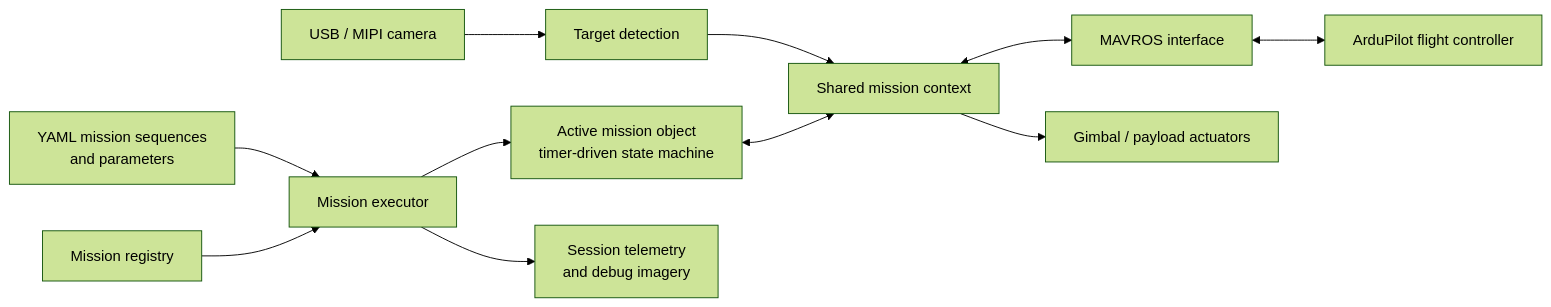
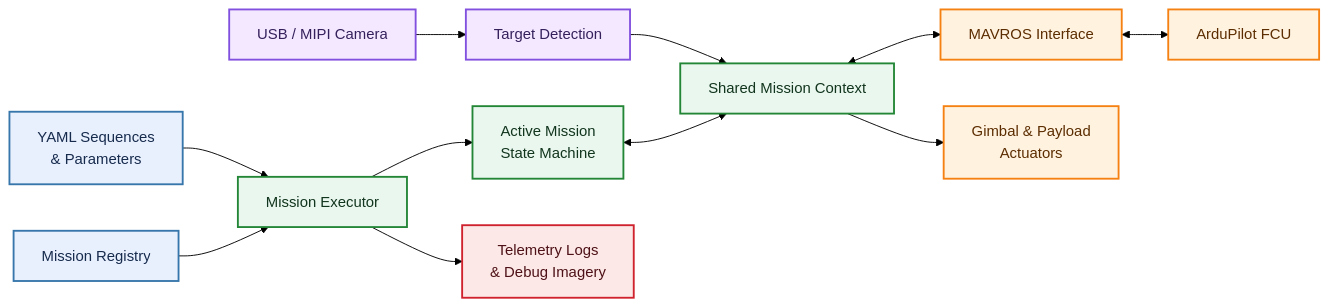
Before and after one commit to Purdue-NDS-RND/CUASC_2026: the diagram in README.md, drawn with Mermaid (forest theme). The commit also changed other lines of this file, not shown here.

Commit message:
Refresh README with polished architecture and mission overview

````diff
--- a/README.md
+++ b/README.md
@@ -21,16 +42,28 @@
 ```mermaid
 flowchart LR
-    Config["YAML mission sequences<br/>and parameters"] --> Executor["Mission executor"]
-    Registry["Mission registry"] --> Executor
-    Executor --> Mission["Active mission object<br/>timer-driven state machine"]
+    Config["YAML Sequences<br/>& Parameters"] --> Executor["Mission Executor"]
+    Registry["Mission Registry"] --> Executor
+    Executor --> Mission["Active Mission<br/>State Machine"]
 
-    Camera["USB / MIPI camera"] --> CV["Target detection"]
-    CV --> Context["Shared mission context"]
+    Camera["USB / MIPI Camera"] --> CV["Target Detection"]
+    CV --> Context["Shared Mission Context"]
     Mission <--> Context
 
-    Context <--> MAVROS["MAVROS interface"]
-    MAVROS <--> FCU["ArduPilot flight controller"]
-    Context --> Payload["Gimbal / payload actuators"]
+    Context <--> MAVROS["MAVROS Interface"]
+    MAVROS <--> FCU["ArduPilot FCU"]
+    Context --> Payload["Gimbal & Payload<br/>Actuators"]
 
-    Executor --> Logs["Session telemetry<br/>and debug imagery"]
+    Executor --> Logs["Telemetry Logs<br/>& Debug Imagery"]
+
+    classDef config fill:#E8F0FE,stroke:#3776AB,color:#172B4D,stroke-width:2px
+    classDef core fill:#E9F7EF,stroke:#238636,color:#12351D,stroke-width:2px
+    classDef perception fill:#F3E8FF,stroke:#8250DF,color:#35205C,stroke-width:2px
+    classDef hardware fill:#FFF3E0,stroke:#F58113,color:#5C2D00,stroke-width:2px
+    classDef output fill:#FCE8E6,stroke:#CF222E,color:#4D1117,stroke-width:2px
+
+    class Config,Registry config
+    class Executor,Mission,Context core
+    class Camera,CV perception
+    class MAVROS,FCU,Payload hardware
+    class Logs output
 ```
````
